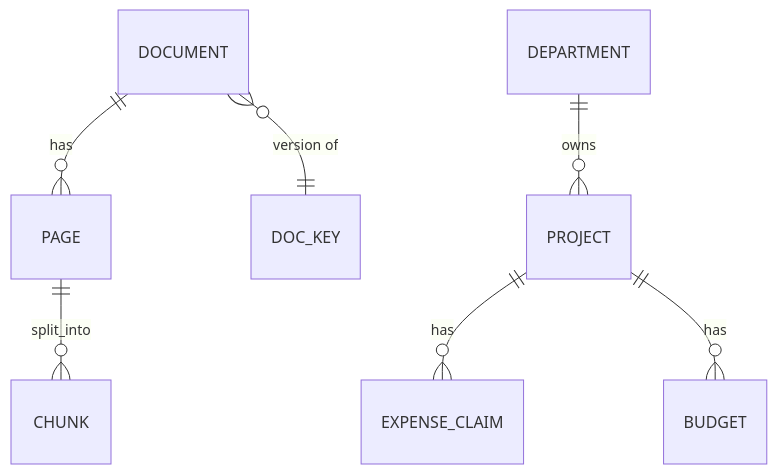
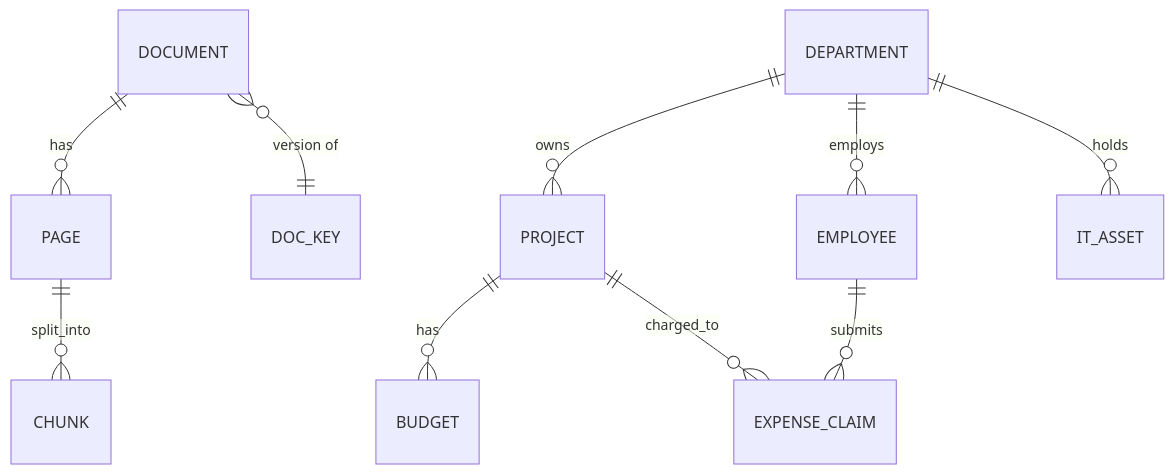
The diagram in output/design/02_data_model.md (hem436/Sprinters), drawn with Mermaid before and after one commit. The commit also changed other lines of this file and 11 other files, not shown here.

````diff
--- a/output/design/02_data_model.md
+++ b/output/design/02_data_model.md
@@ -19,9 +19,12 @@
 ```mermaid
 erDiagram
   DOCUMENT ||--o{ PAGE : has
   PAGE ||--o{ CHUNK : split_into
   DOCUMENT }o--|| DOC_KEY : "version of"
-  PROJECT ||--o{ EXPENSE_CLAIM : has
+  DEPARTMENT ||--o{ PROJECT : owns
+  DEPARTMENT ||--o{ EMPLOYEE : employs
+  DEPARTMENT ||--o{ IT_ASSET : holds
   PROJECT ||--o{ BUDGET : has
-  DEPARTMENT ||--o{ PROJECT : owns
+  PROJECT ||--o{ EXPENSE_CLAIM : charged_to
+  EMPLOYEE ||--o{ EXPENSE_CLAIM : submits
 ```
````
